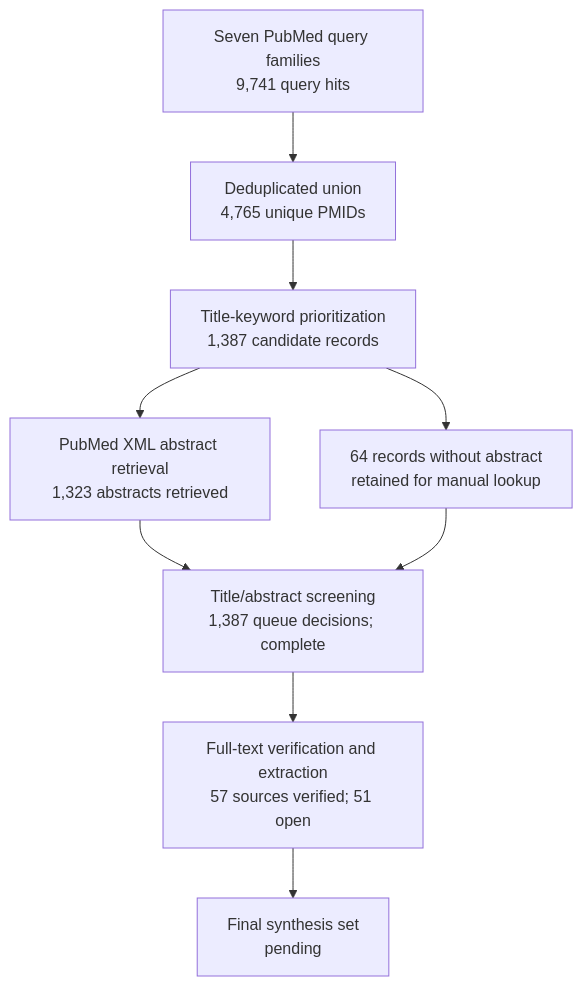
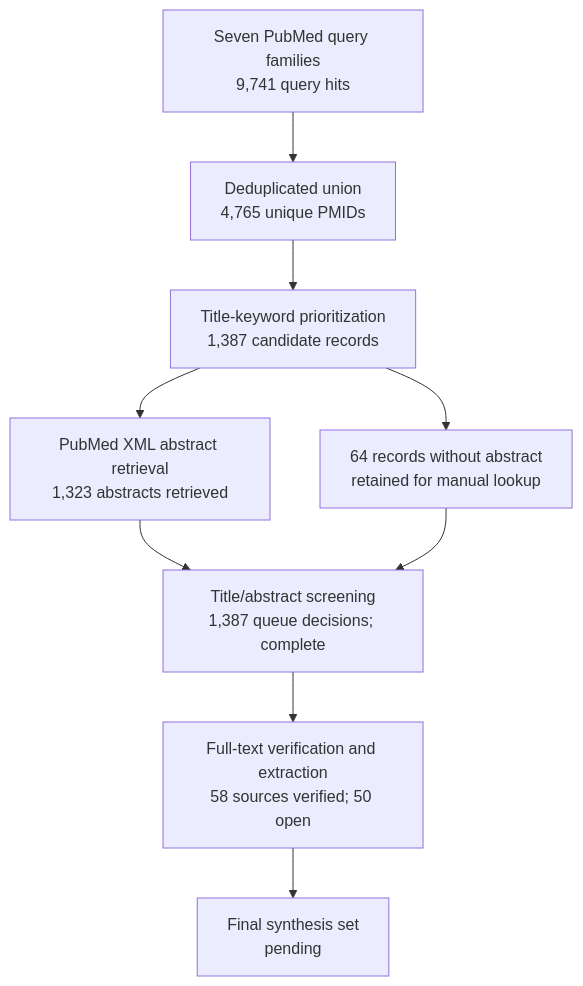
The diagram in manuscript/review-flow.md (dcmcshan/artemisia), drawn with Mermaid before and after one commit. The commit also changed other lines of this file and 15 other files, not shown here.

````diff
--- a/manuscript/review-flow.md
+++ b/manuscript/review-flow.md
@@ -5,11 +5,11 @@
 ```mermaid
 flowchart TB
   Q[Seven PubMed query families<br/>9,741 query hits] --> U[Deduplicated union<br/>4,765 unique PMIDs]
   U --> T[Title-keyword prioritization<br/>1,387 candidate records]
   T --> A[PubMed XML abstract retrieval<br/>1,323 abstracts retrieved]
   T --> N[64 records without abstract<br/>retained for manual lookup]
   A --> M[Title/abstract screening<br/>1,387 queue decisions; complete]
   N --> M
-  M --> F[Full-text verification and extraction<br/>57 sources verified; 51 open]
+  M --> F[Full-text verification and extraction<br/>58 sources verified; 50 open]
   F --> S[Final synthesis set<br/>pending]
 ```
````
